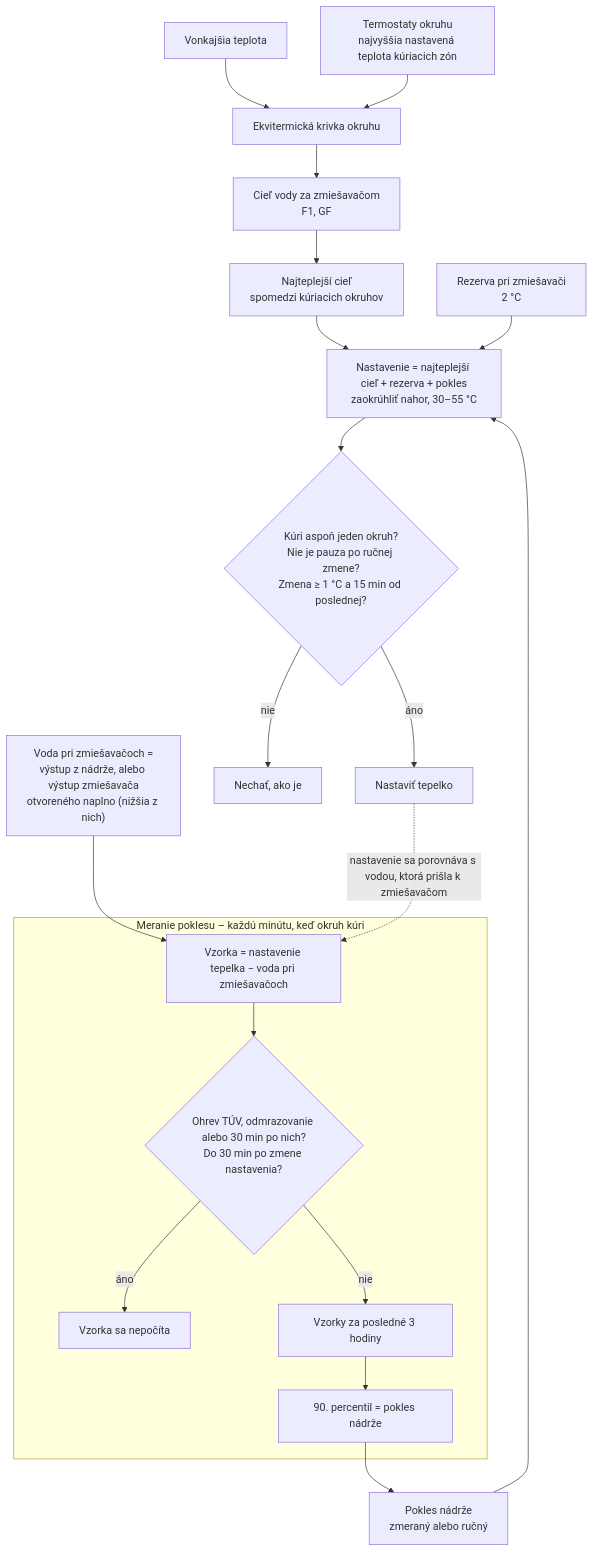
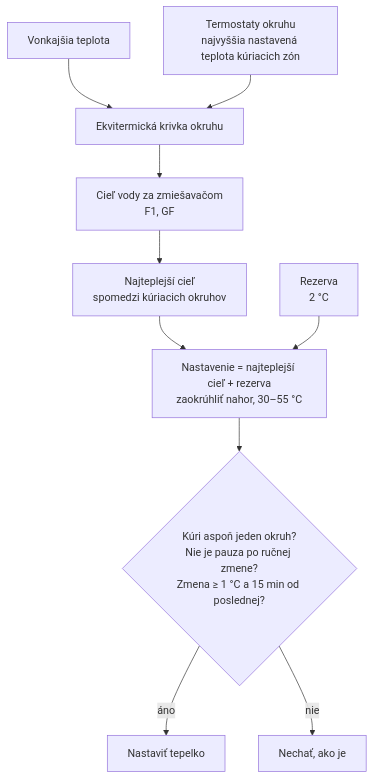
The diagram in documents/heat-source-setting.md (misevcik/ha-climate-circuits), drawn with Mermaid before and after one commit. The commit also changed other lines of this file and 24 other files, not shown here.

````diff
--- a/documents/heat-source-setting.md
+++ b/documents/heat-source-setting.md
@@ -48,22 +36,12 @@
 ```mermaid
 flowchart TD
   OUT["Vonkajšia teplota"] --> CURVE
   TH["Termostaty okruhu<br/>najvyššia nastavená teplota kúriacich zón"] --> CURVE
   CURVE["Ekvitermická krivka okruhu"] --> TGT["Cieľ vody za zmiešavačom<br/>F1, GF"]
   TGT --> MAX["Najteplejší cieľ<br/>spomedzi kúriacich okruhov"]
   MAX --> SUM
-  RES["Rezerva pri zmiešavači<br/>2 °C"] --> SUM
-  DROP["Pokles nádrže<br/>zmeraný alebo ručný"] --> SUM
-  SUM["Nastavenie = najteplejší cieľ + rezerva + pokles<br/>zaokrúhliť nahor, 30–55 °C"] --> CHK{"Kúri aspoň jeden okruh?<br/>Nie je pauza po ručnej zmene?<br/>Zmena ≥ 1 °C a 15 min od poslednej?"}
+  RES["Rezerva<br/>2 °C"] --> SUM
+  SUM["Nastavenie = najteplejší cieľ + rezerva<br/>zaokrúhliť nahor, 30–55 °C"] --> CHK{"Kúri aspoň jeden okruh?<br/>Nie je pauza po ručnej zmene?<br/>Zmena ≥ 1 °C a 15 min od poslednej?"}
   CHK -->|áno| HP["Nastaviť tepelko"]
   CHK -->|nie| KEEP["Nechať, ako je"]
-  W["Voda pri zmiešavačoch =<br/>výstup z nádrže, alebo výstup zmiešavača<br/>otvoreného naplno (nižšia z nich)"] --> S1
-  subgraph M["Meranie poklesu – každú minútu, keď okruh kúri"]
-    S1["Vzorka = nastavenie tepelka − voda pri zmiešavačoch"] --> F1{"Ohrev TÚV, odmrazovanie alebo 30 min po nich?<br/>Do 30 min po zmene nastavenia?"}
-    F1 -->|áno| SKIP["Vzorka sa nepočíta"]
-    F1 -->|nie| BUF["Vzorky za posledné 3 hodiny"]
-    BUF --> P90["90. percentil = pokles nádrže"]
-  end
-  P90 --> DROP
-  HP -.->|nastavenie sa porovnáva s vodou, ktorá prišla k zmiešavačom| S1
 ```
````
